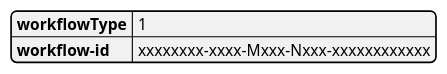
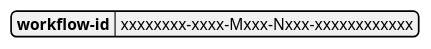
Before and after one commit to COSSAS/SOARCA: the sixth of 18 diagrams in doc/soarca-api.adoc, drawn with PlantUML. The commit also changed other lines of this file, not shown here.

```diff
--- a/doc/soarca-api.adoc
+++ b/doc/soarca-api.adoc
@@ -264,9 +204,8 @@
 [plantuml, target=soar-ca-post-workflow, ]
 ....
 @startjson
 {
-    "workflowType": 1,
     "workflow-id": "xxxxxxxx-xxxx-Mxxx-Nxxx-xxxxxxxxxxxx"
 }
 @endjson
 ....
```
